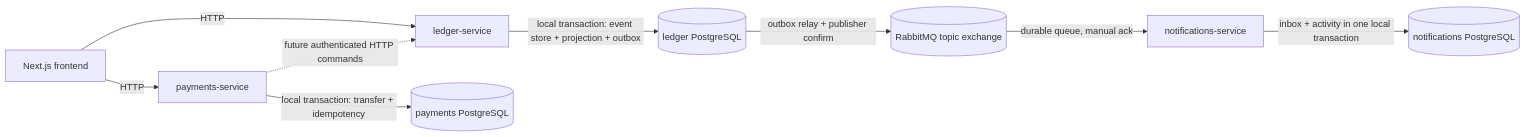
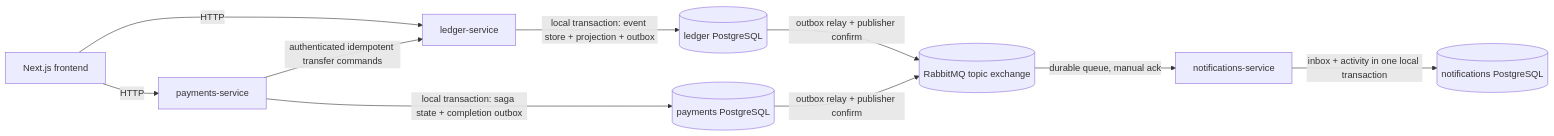
One commit to rekverr/p2p-ledger-starter changed the diagram in README.md. Above: the diagram before and after it, drawn with Mermaid. The commit also changed other lines of this file and 37 other files, not shown here.

Commit message:
feat(payments): implement transfer saga with compensation and retries

````diff
--- a/README.md
+++ b/README.md
@@ -26,20 +27,21 @@
 ```mermaid
 flowchart LR
   FE[Next.js frontend]
   L[ledger-service]
   P[payments-service]
   N[notifications-service]
   LDB[(ledger PostgreSQL)]
   PDB[(payments PostgreSQL)]
   NDB[(notifications PostgreSQL)]
   RMQ[(RabbitMQ topic exchange)]
 
   FE -->|HTTP| L
   FE -->|HTTP| P
-  P -.->|future authenticated HTTP commands| L
+  P -->|authenticated idempotent transfer commands| L
   L -->|local transaction: event store + projection + outbox| LDB
-  P -->|local transaction: transfer + idempotency| PDB
+  P -->|local transaction: saga state + completion outbox| PDB
+  PDB -->|outbox relay + publisher confirm| RMQ
   N -->|inbox + activity in one local transaction| NDB
   LDB -->|outbox relay + publisher confirm| RMQ
   RMQ -->|durable queue, manual ack| N
 ```
````
